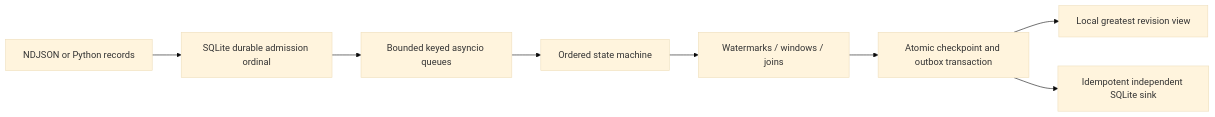
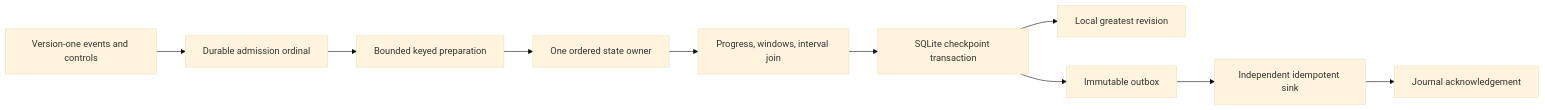
Before and after one commit to cheshmakzanoon-ops/python-projects: the first of 2 diagrams in projects/03-current/docs/ARCHITECTURE.md, drawn with Mermaid (base theme). The commit also changed other lines of this file and 31 other files, not shown here.

````diff
--- a/projects/03-current/docs/ARCHITECTURE.md
+++ b/projects/03-current/docs/ARCHITECTURE.md
@@ -3,10 +5,12 @@
 ```mermaid
 flowchart LR
-    S[NDJSON or Python records] --> A[SQLite durable admission ordinal]
-    A --> Q[Bounded keyed asyncio queues]
-    Q --> O[Ordered state machine]
-    O --> W[Watermarks / windows / joins]
-    W --> C[Atomic checkpoint and outbox transaction]
-    C --> L[Local greatest revision view]
-    C --> E[Idempotent independent SQLite sink]
+    S[Version-one events and controls] --> A[Durable admission ordinal]
+    A --> Q[Bounded keyed preparation]
+    Q --> O[One ordered state owner]
+    O --> W[Progress, windows, interval join]
+    W --> C[SQLite checkpoint transaction]
+    C --> L[Local greatest revision]
+    C --> D[Immutable outbox]
+    D --> E[Independent idempotent sink]
+    E --> K[Journal acknowledgement]
 ```
````
